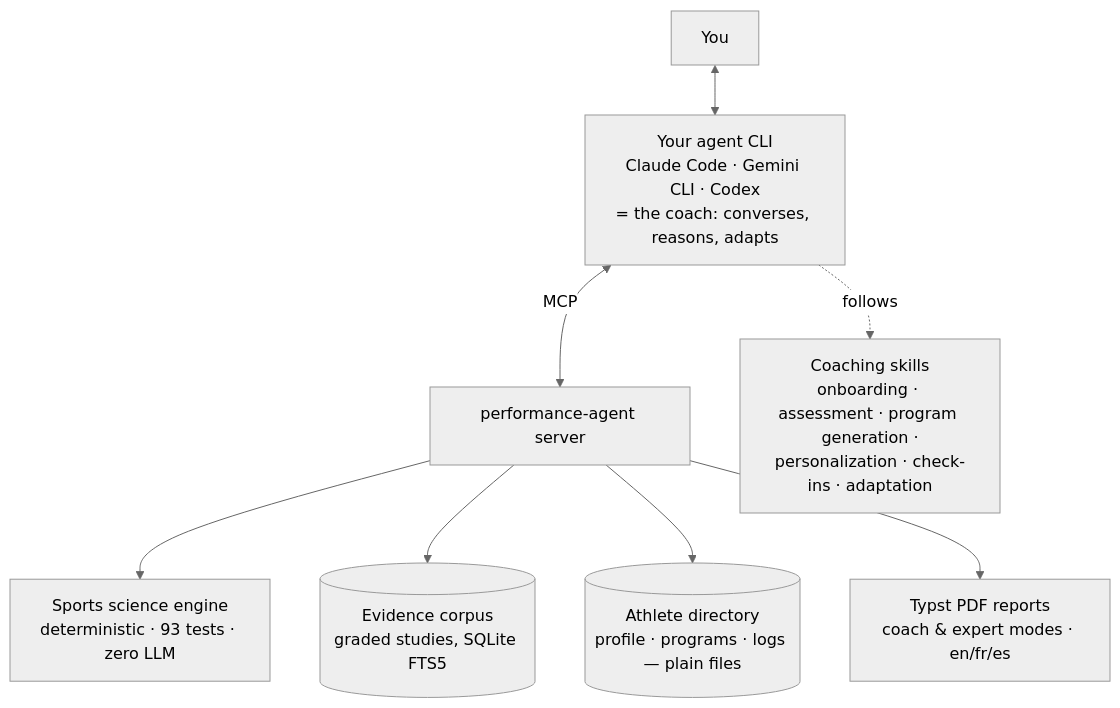
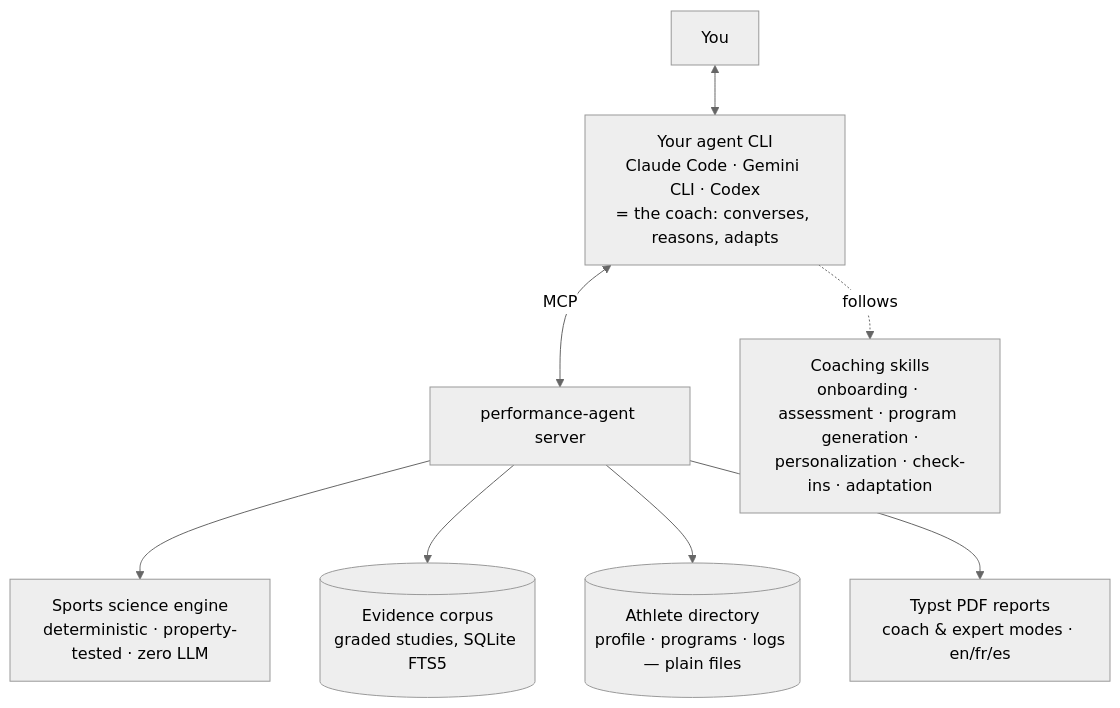
The diagram in README.md (clementrx/Performance-agent), drawn with Mermaid (neutral theme) before and after one commit. The commit also changed other lines of this file and 1 other file, not shown here.

Commit message:
Close error-path coverage gaps and clarify test counts

````diff
--- a/README.md
+++ b/README.md
@@ -51,11 +51,11 @@
 ```mermaid
 flowchart TB
     U[You] <--> H[Your agent CLI<br/>Claude Code · Gemini CLI · Codex<br/>= the coach: converses, reasons, adapts]
     H <-->|MCP| S[performance-agent server]
     H -.follows.-> SK[Coaching skills<br/>onboarding · assessment · program generation ·
 personalization · check-ins · adaptation]
-    S --> E[Sports science engine<br/>deterministic · 93 tests · zero LLM]
+    S --> E[Sports science engine<br/>deterministic · property-tested · zero LLM]
     S --> EV[(Evidence corpus<br/>graded studies, SQLite FTS5)]
     S --> M[(Athlete directory<br/>profile · programs · logs — plain files)]
     S --> R[Typst PDF reports<br/>coach & expert modes · en/fr/es]
 ```
````
